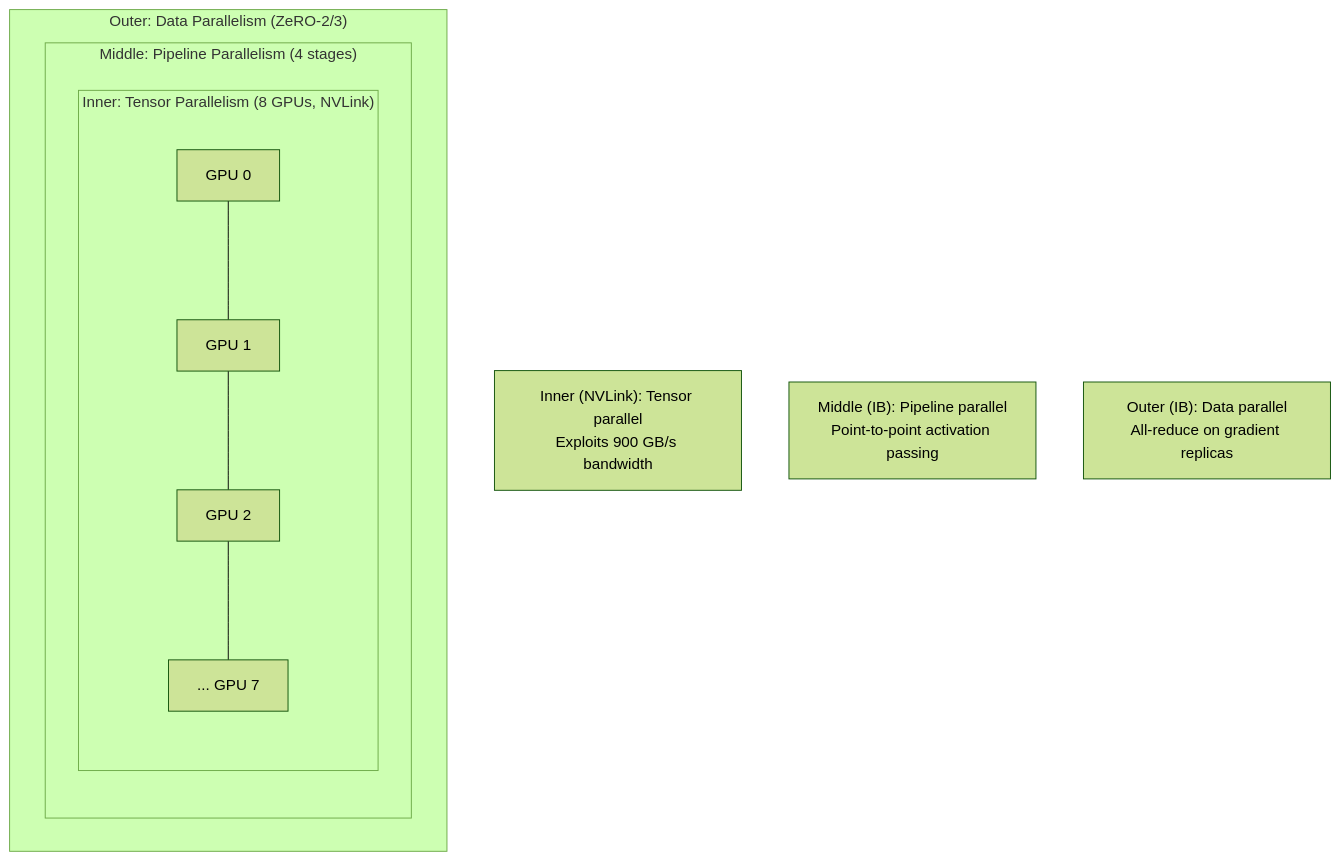
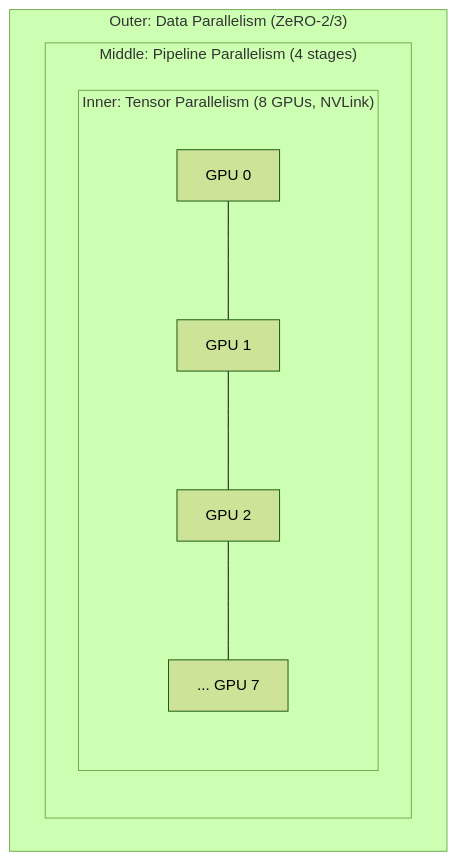
One commit to adiel2012/gpt-model-training changed the first of 2 diagrams in md_book/ch07_distributed_training.md. Above: the diagram before and after it, drawn with Mermaid (forest theme). The commit also changed other lines of this file, not shown here.

````diff
--- a/md_book/ch07_distributed_training.md
+++ b/md_book/ch07_distributed_training.md
@@ -67,16 +67,13 @@
 ```mermaid
 graph TD
     subgraph "Outer: Data Parallelism (ZeRO-2/3)"
         subgraph "Middle: Pipeline Parallelism (4 stages)"
             subgraph "Inner: Tensor Parallelism (8 GPUs, NVLink)"
                 G1[GPU 0] --- G2[GPU 1]
                 G2 --- G3[GPU 2]
                 G3 --- G4["... GPU 7"]
             end
         end
     end
 
-    note1["Inner (NVLink): Tensor parallel<br/>Exploits 900 GB/s bandwidth"]
-    note2["Middle (IB): Pipeline parallel<br/>Point-to-point activation passing"]
-    note3["Outer (IB): Data parallel<br/>All-reduce on gradient replicas"]
 ```
````
